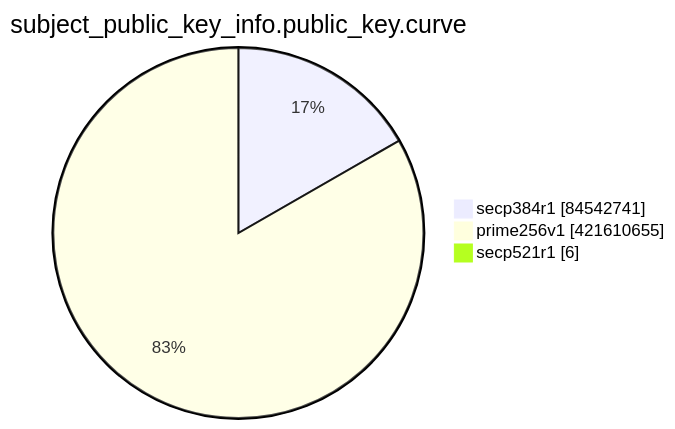
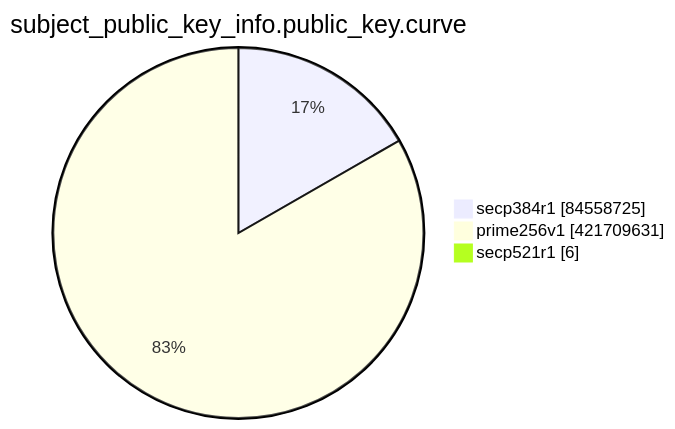
Before and after one commit to christiankrug/ctmonitor_visualization: the eighth of 15 diagrams in TOTAL/README.md, drawn with Mermaid. The commit also changed other lines of this file, not shown here.

````diff
--- a/TOTAL/README.md
+++ b/TOTAL/README.md
@@ -3099,7 +3099,7 @@
 ```mermaid
 pie showData
 title subject_public_key_info.public_key.curve
-"secp384r1" :84542741
-"prime256v1" :421610655
+"secp384r1" :84558725
+"prime256v1" :421709631
 "secp521r1" :6
 ```
````
